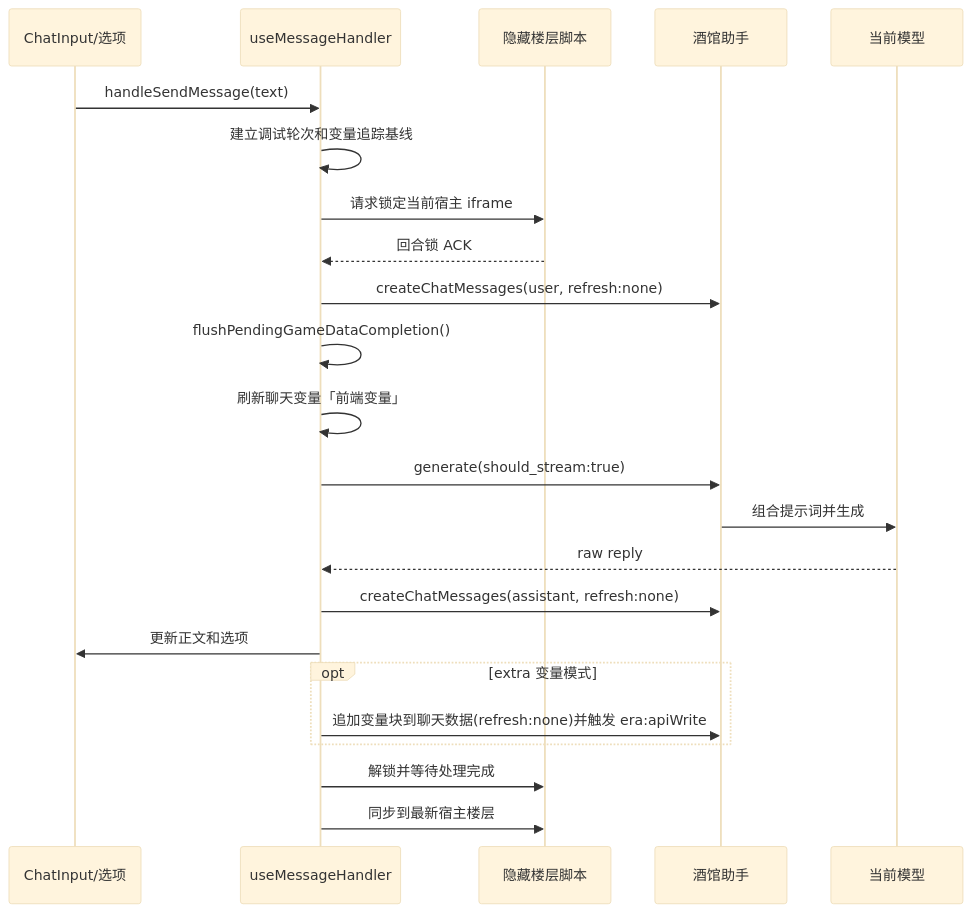
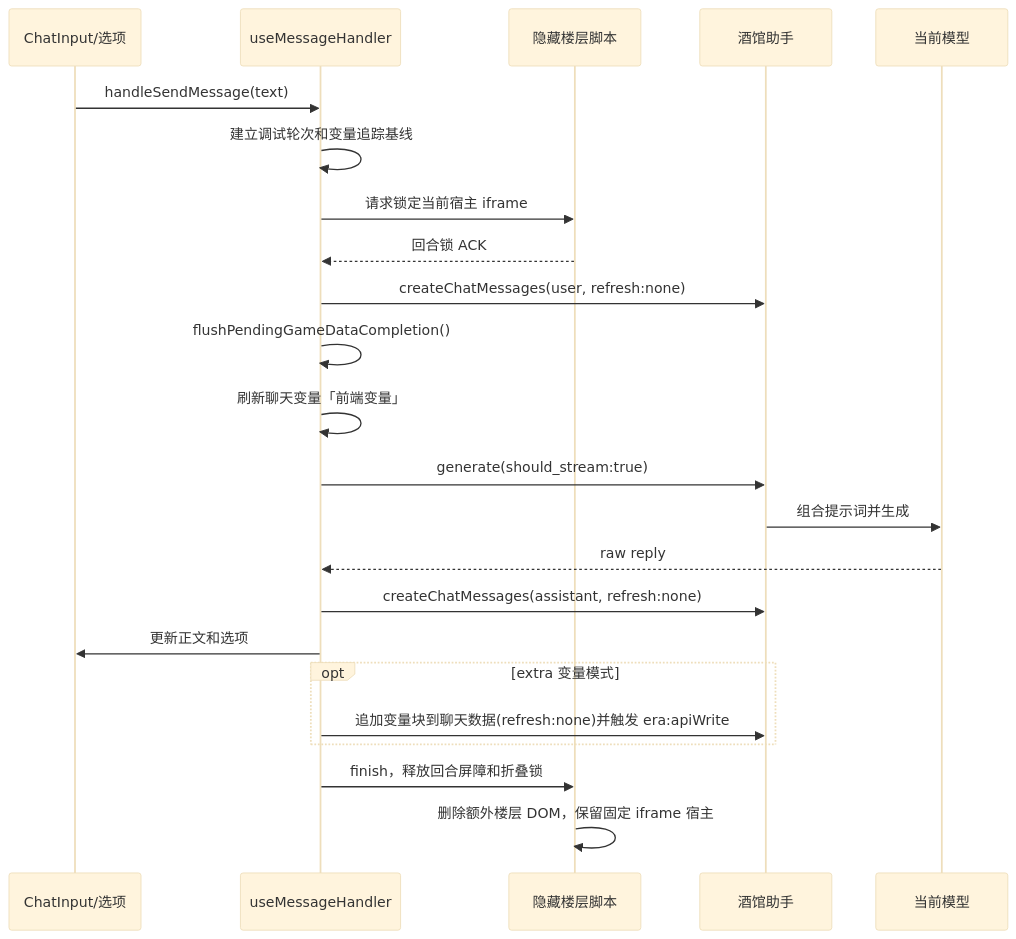
One commit to jam4435/sillytavern0011 changed the diagram in src/武侠/docs/02-消息生命周期.md. Above: the diagram before and after it, drawn with Mermaid (base theme). The commit also changed other lines of this file and 18 other files, not shown here.

````diff
--- a/src/武侠/docs/02-消息生命周期.md
+++ b/src/武侠/docs/02-消息生命周期.md
@@ -13,26 +13,26 @@
 ```mermaid
 sequenceDiagram
     participant UI as ChatInput/选项
     participant Handler as useMessageHandler
     participant Shell as 隐藏楼层脚本
     participant Tavern as 酒馆助手
     participant Model as 当前模型
 
     UI->>Handler: handleSendMessage(text)
     Handler->>Handler: 建立调试轮次和变量追踪基线
     Handler->>Shell: 请求锁定当前宿主 iframe
     Shell-->>Handler: 回合锁 ACK
     Handler->>Tavern: createChatMessages(user, refresh:none)
     Handler->>Handler: flushPendingGameDataCompletion()
     Handler->>Handler: 刷新聊天变量「前端变量」
     Handler->>Tavern: generate(should_stream:true)
     Tavern->>Model: 组合提示词并生成
     Model-->>Handler: raw reply
     Handler->>Tavern: createChatMessages(assistant, refresh:none)
     Handler->>UI: 更新正文和选项
     opt extra 变量模式
         Handler->>Tavern: 追加变量块到聊天数据(refresh:none)并触发 era:apiWrite
     end
-    Handler->>Shell: 解锁并等待处理完成
-    Handler->>Shell: 同步到最新宿主楼层
+    Handler->>Shell: finish，释放回合屏障和折叠锁
+    Shell->>Shell: 删除额外楼层 DOM，保留固定 iframe 宿主
 ```
````
